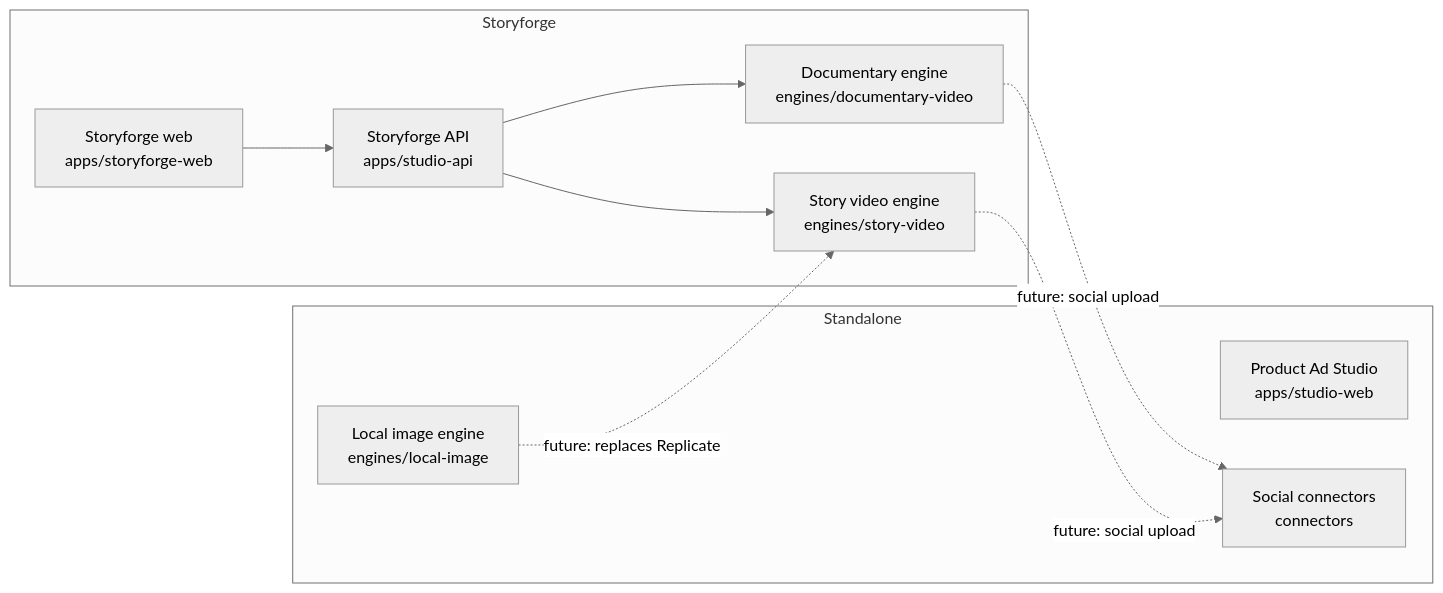
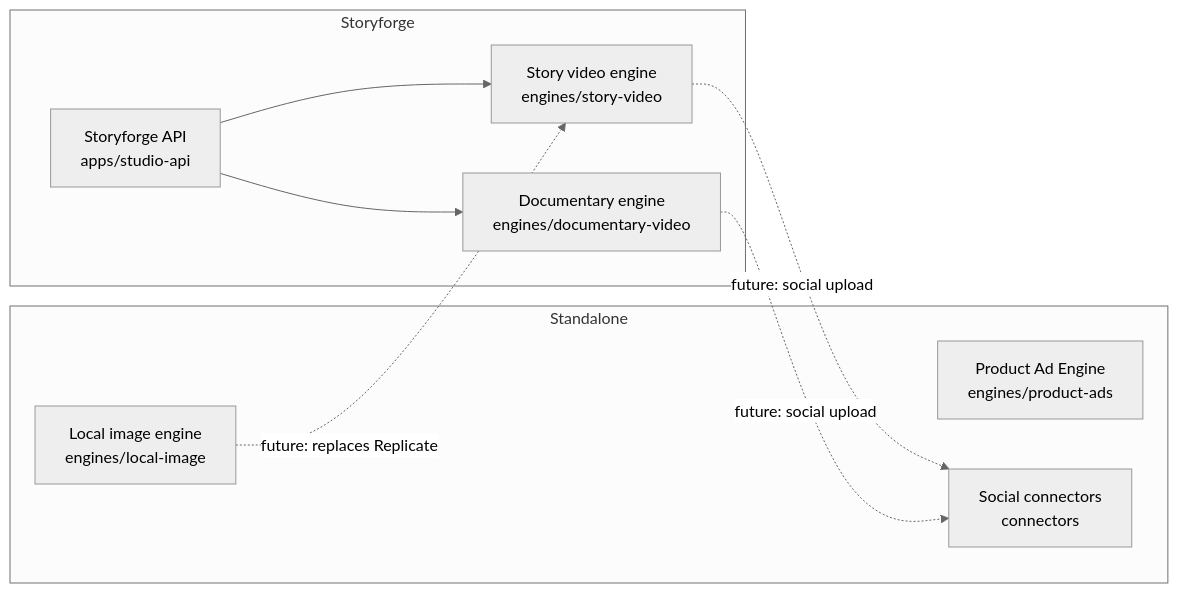
One commit to Ahmet2001/MarketingStudio changed the diagram in README.md. Above: the diagram before and after it, drawn with Mermaid (neutral theme). The commit also changed other lines of this file and 75 other files, not shown here.

First line of the commit message:
Remove web frontends, keep headless engines and APIs

````diff
--- a/README.md
+++ b/README.md
@@ -46,16 +44,16 @@
 ```mermaid
 flowchart LR
     subgraph Standalone
-        A["Product Ad Studio<br/>apps/studio-web"]
+        A["Product Ad Engine<br/>engines/product-ads"]
         D["Local image engine<br/>engines/local-image"]
         E["Social connectors<br/>connectors"]
     end
     subgraph Storyforge
-        F["Storyforge web<br/>apps/storyforge-web"] --> G["Storyforge API<br/>apps/studio-api"]
+        G["Storyforge API<br/>apps/studio-api"]
         G --> H["Story video engine<br/>engines/story-video"]
         G --> I["Documentary engine<br/>engines/documentary-video"]
     end
     H -. "future: social upload" .-> E
     I -. "future: social upload" .-> E
     D -. "future: replaces Replicate" .-> H
 ```
````
